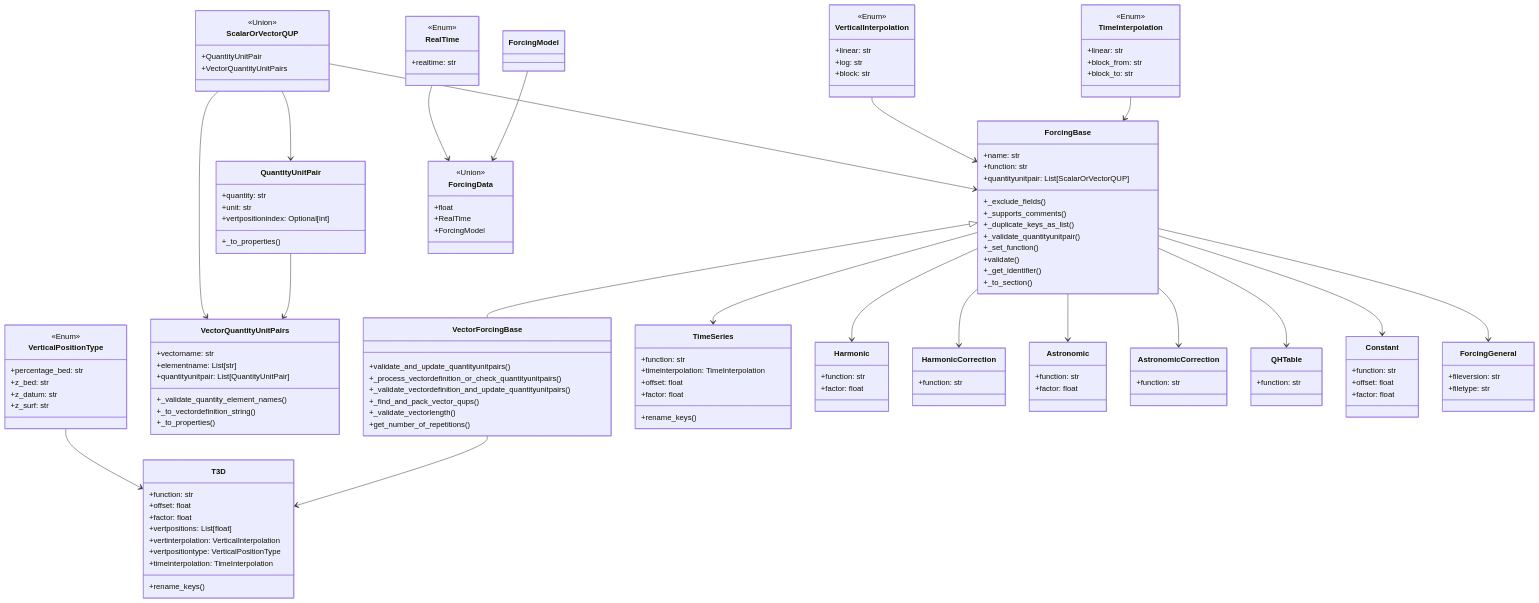
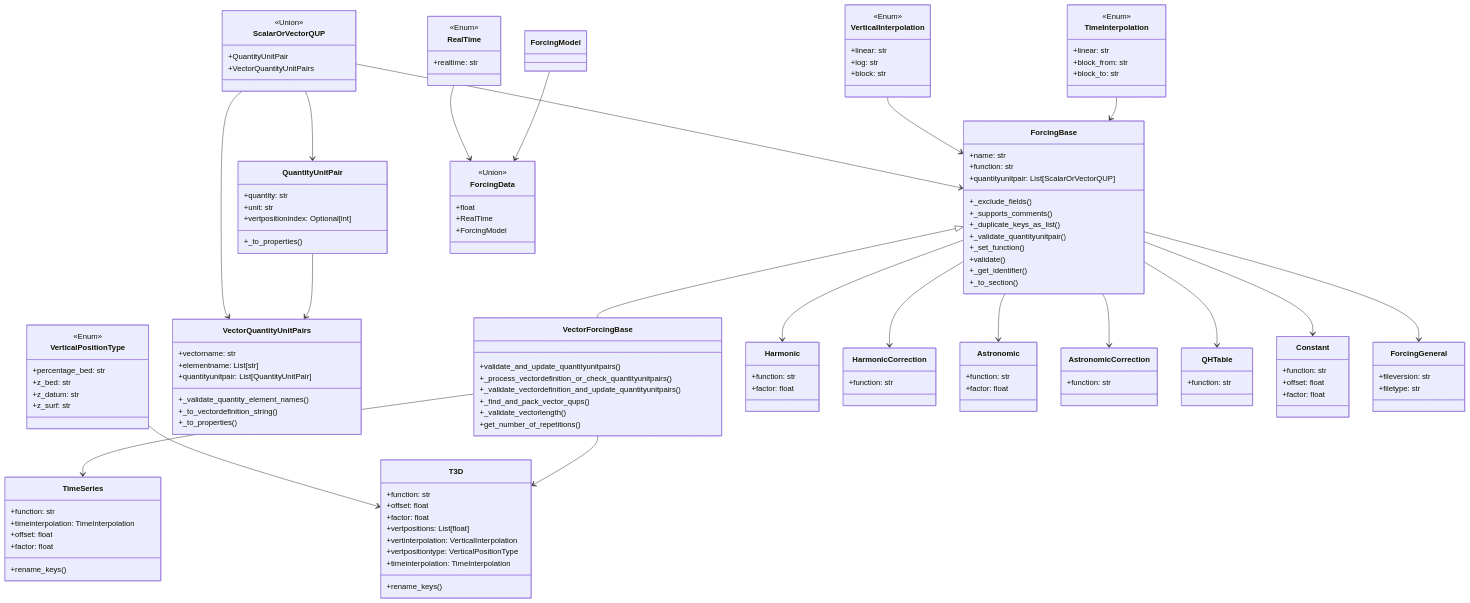
The diagram in docs/reference/forcing.md (Deltares/HYDROLIB-core), drawn with Mermaid before and after one commit.

Commit message:
correct the diagram

```diff
--- a/docs/reference/forcing.md
+++ b/docs/reference/forcing.md
@@ -144,7 +144,7 @@
     VerticalInterpolation --> ForcingBase
     VerticalPositionType --> T3D
     TimeInterpolation --> ForcingBase
-    ForcingBase --> TimeSeries
+    VectorForcingBase --> TimeSeries
     ForcingBase --> Harmonic
     ForcingBase --> HarmonicCorrection
     ForcingBase --> Astronomic
```
